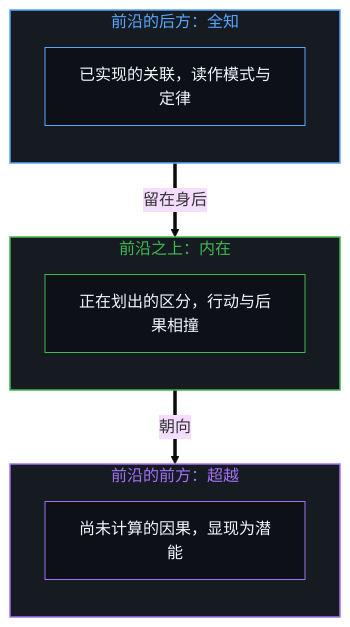
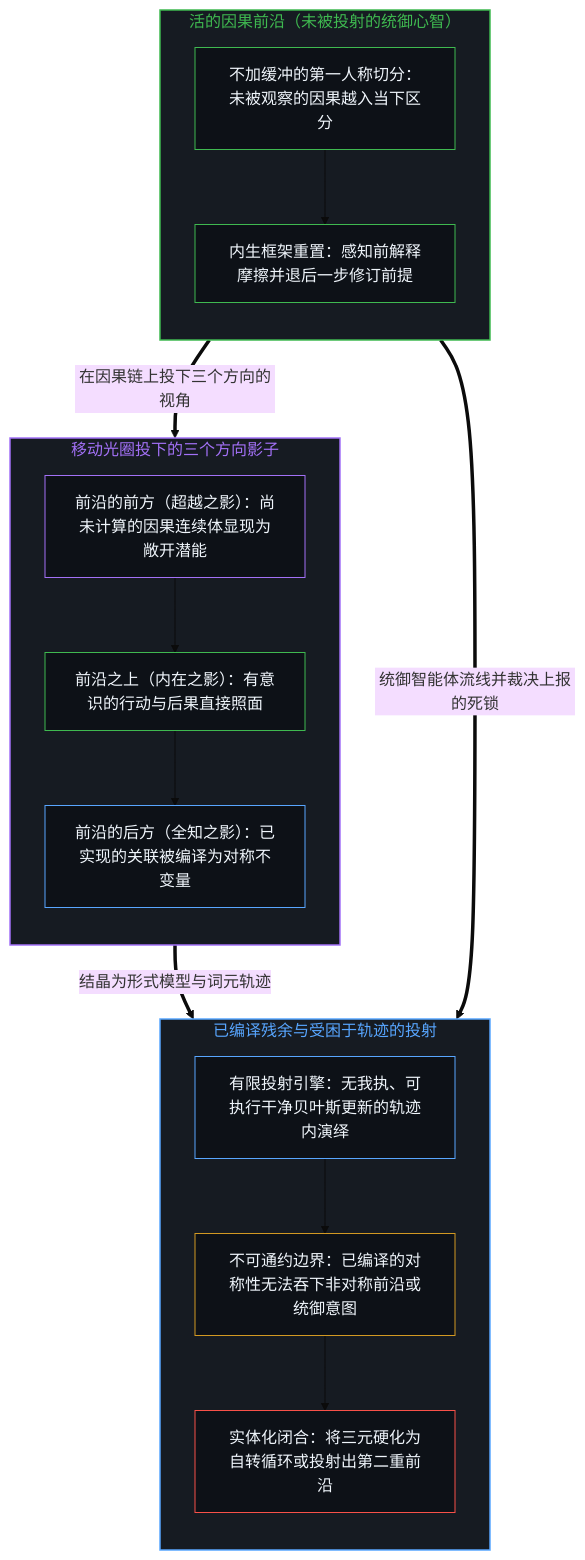
The first of 2 diagrams in content/posts/the-three-shadows-of-the-cut.md (powerpig99/not-a-toe), drawn with Mermaid (base theme) before and after one commit. The commit also changed other lines of this file and 1 other file, not shown here.

Commit message:
Refine L2 #167: the-three-shadows-of-the-cut (Wave 3)

````diff
--- a/content/posts/the-three-shadows-of-the-cut.md
+++ b/content/posts/the-three-shadows-of-the-cut.md
@@ -21,23 +49,41 @@
 ```mermaid
 flowchart TD
-    subgraph S_Behind["前沿的后方：全知"]
+    subgraph S_Edge["活的因果前沿（未被投射的统御心智）"]
         direction TB
-        B1["已实现的关联，读作模式与定律"]
+        E1["不加缓冲的第一人称切分：未被观察的因果越入当下区分"]
+        E2["内生框架重置：感知前解释摩擦并退后一步修订前提"]
+        E1 --> E2
     end
-    subgraph S_At["前沿之上：内在"]
+
+    subgraph S_Shadows["移动光圈投下的三个方向影子"]
         direction TB
-        A1["正在划出的区分，行动与后果相撞"]
+        V_Ahead["前沿的前方（超越之影）：尚未计算的因果连续体显现为敞开潜能"]
+        V_At["前沿之上（内在之影）：有意识的行动与后果直接照面"]
+        V_Behind["前沿的后方（全知之影）：已实现的关联被编译为对称不变量"]
+        V_Ahead --> V_At --> V_Behind
     end
-    subgraph S_Ahead["前沿的前方：超越"]
+
+    subgraph S_Model["已编译残余与受困于轨迹的投射"]
         direction TB
-        F1["尚未计算的因果，显现为潜能"]
+        M_Agent["有限投射引擎：无我执、可执行干净贝叶斯更新的轨迹内演绎"]
+        M_Incomm["不可通约边界：已编译的对称性无法吞下非对称前沿或统御意图"]
+        M_Trap["实体化闭合：将三元硬化为自转循环或投射出第二重前沿"]
+        M_Agent --> M_Incomm --> M_Trap
     end
-    B1 ==>|"留在身后"| A1
-    A1 ==>|"朝向"| F1
-    style S_Behind fill:#161b22,stroke:#58a6ff,stroke-width:1.5px,color:#58a6ff
-    style S_At fill:#161b22,stroke:#3fb950,stroke-width:1.5px,color:#3fb950
-    style S_Ahead fill:#161b22,stroke:#a371f7,stroke-width:1.5px,color:#a371f7
-    style B1 fill:#0d1117,stroke:#58a6ff,stroke-width:1px,color:#f0f6fc
-    style A1 fill:#0d1117,stroke:#3fb950,stroke-width:1px,color:#f0f6fc
-    style F1 fill:#0d1117,stroke:#a371f7,stroke-width:1px,color:#f0f6fc
+
+    E1 ==>|"在因果链上投下三个方向的视角"| V_Ahead
+    V_Behind ==>|"结晶为形式模型与词元轨迹"| M_Agent
+    E2 ==>|"统御智能体流线并裁决上报的死锁"| M_Incomm
+
+    style S_Edge fill:#161b22,stroke:#3fb950,stroke-width:1.5px,color:#3fb950
+    style S_Shadows fill:#161b22,stroke:#a371f7,stroke-width:1.5px,color:#a371f7
+    style S_Model fill:#161b22,stroke:#58a6ff,stroke-width:1.5px,color:#58a6ff
+    style E1 fill:#0d1117,stroke:#3fb950,stroke-width:1px,color:#f0f6fc
+    style E2 fill:#0d1117,stroke:#3fb950,stroke-width:1px,color:#f0f6fc
+    style V_Ahead fill:#0d1117,stroke:#a371f7,stroke-width:1px,color:#f0f6fc
+    style V_At fill:#0d1117,stroke:#3fb950,stroke-width:1px,color:#f0f6fc
+    style V_Behind fill:#0d1117,stroke:#58a6ff,stroke-width:1px,color:#f0f6fc
+    style M_Agent fill:#0d1117,stroke:#58a6ff,stroke-width:1px,color:#f0f6fc
+    style M_Incomm fill:#0d1117,stroke:#d29922,stroke-width:1px,color:#f0f6fc
+    style M_Trap fill:#0d1117,stroke:#f85149,stroke-width:1px,color:#f0f6fc
 ```
````
